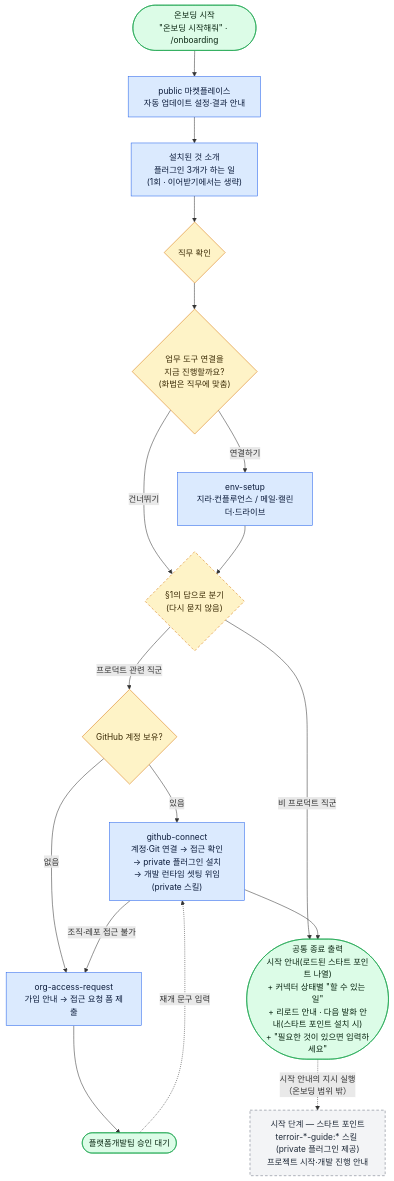
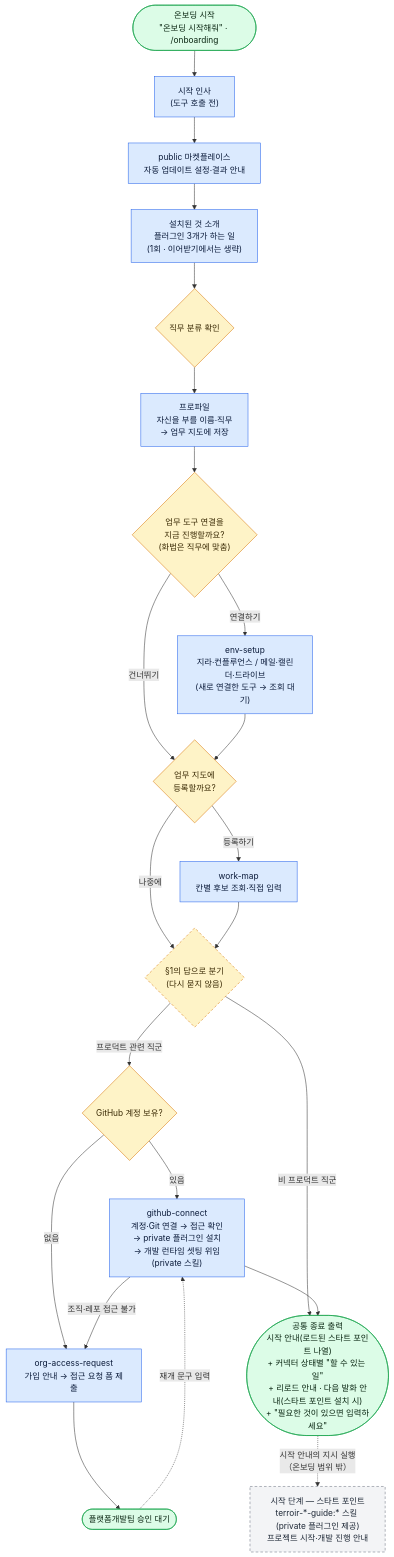
One commit to VntgCorp/terroir-claude-plugin-public changed the diagram in plugins/terroir-onboarding/README.md. Above: the diagram before and after it, drawn with Mermaid. The commit also changed other lines of this file and 3 other files, not shown here.

````diff
--- a/plugins/terroir-onboarding/README.md
+++ b/plugins/terroir-onboarding/README.md
@@ -37,50 +50,59 @@
 ```mermaid
 flowchart TD
     START(["온보딩 시작<br/>&quot;온보딩 시작해줘&quot; · /onboarding"])
+    HELLO["시작 인사<br/>(도구 호출 전)"]
     AUTO["public 마켓플레이스<br/>자동 업데이트 설정·결과 안내"]
     INTRO["설치된 것 소개<br/>플러그인 3개가 하는 일<br/>(1회 · 이어받기에서는 생략)"]
 
-    Q1{"직무 확인"}
+    Q1{"직무 분류 확인"}
+    PROF["프로파일<br/>자신을 부를 이름·직무<br/>→ 업무 지도에 저장"]
     Q2{"업무 도구 연결을<br/>지금 진행할까요?<br/>(화법은 직무에 맞춤)"}
-    ENV["env-setup<br/>지라·컨플루언스 / 메일·캘린더·드라이브"]
+    ENV["env-setup<br/>지라·컨플루언스 / 메일·캘린더·드라이브<br/>(새로 연결한 도구 → 조회 대기)"]
+    QM{"업무 지도에<br/>등록할까요?"}
+    MAP["work-map<br/>칸별 후보 조회·직접 입력"]
     BR{"§1의 답으로 분기<br/>(다시 묻지 않음)"}
     Q3{"GitHub 계정 보유?"}
 
     GH["github-connect<br/>계정·Git 연결 → 접근 확인<br/>→ private 플러그인 설치<br/>→ 개발 런타임 셋팅 위임(private 스킬)"]
     OA["org-access-request<br/>가입 안내 → 접근 요청 폼 제출"]
     WAIT(["플랫폼개발팀 승인 대기"])
 
     END(["공통 종료 출력<br/>시작 안내(로드된 스타트 포인트 나열)<br/>+ 커넥터 상태별 &quot;할 수 있는 일&quot;<br/>+ 리로드 안내 · 다음 발화 안내(스타트 포인트 설치 시)<br/>+ &quot;필요한 것이 있으면 입력하세요&quot;"])
     SP["시작 단계 — 스타트 포인트<br/>terroir-*-guide:* 스킬 (private 플러그인 제공)<br/>프로젝트 시작·개발 진행 안내"]
 
-    START --> AUTO
+    START --> HELLO
+    HELLO --> AUTO
     AUTO --> INTRO
     INTRO --> Q1
-    Q1 --> Q2
+    Q1 --> PROF
+    PROF --> Q2
     Q2 -->|연결하기| ENV
-    Q2 -->|건너뛰기| BR
-    ENV --> BR
+    Q2 -->|건너뛰기| QM
+    ENV --> QM
+    QM -->|등록하기| MAP
+    QM -->|나중에| BR
+    MAP --> BR
 
     BR -->|프로덕트 관련 직군| Q3
     BR -->|비 프로덕트 직군| END
 
     Q3 -->|있음| GH
     Q3 -->|없음| OA
     GH -->|조직·레포 접근 불가| OA
     OA --> WAIT
     WAIT -.->|재개 문구 입력| GH
 
     GH --> END
     END -.->|시작 안내의 지시 실행<br/>（온보딩 범위 밖）| SP
 
     classDef skill fill:#dbeafe,stroke:#2563eb,color:#0b1b3a
     classDef gate fill:#fef3c7,stroke:#d97706,color:#3a2a05
     classDef term fill:#dcfce7,stroke:#16a34a,color:#0a2612
     classDef branch fill:#fef3c7,stroke:#d97706,color:#3a2a05,stroke-dasharray:5 4
     classDef ext fill:#f3f4f6,stroke:#6b7280,color:#1f2937,stroke-dasharray:5 4
-    class AUTO,INTRO,ENV,GH,OA skill
-    class Q1,Q2,Q3 gate
+    class HELLO,AUTO,INTRO,PROF,ENV,MAP,GH,OA skill
+    class Q1,Q2,QM,Q3 gate
     class BR branch
     class START,END,WAIT term
     class SP ext
 ```
````
